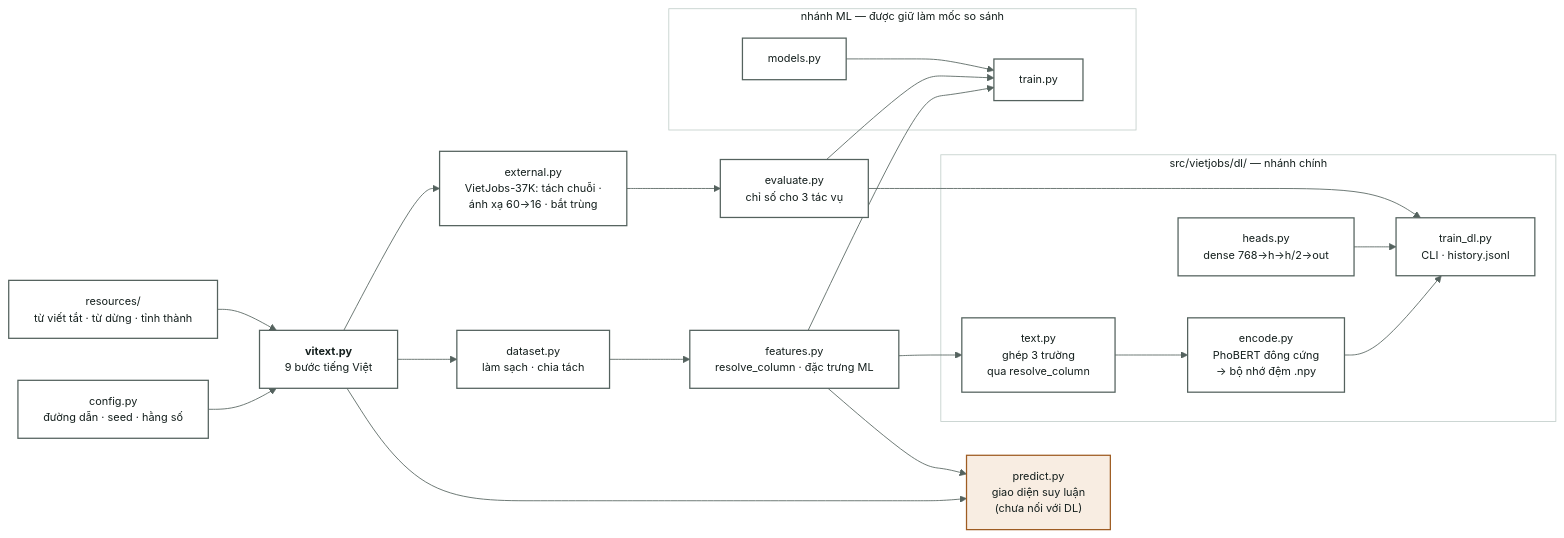
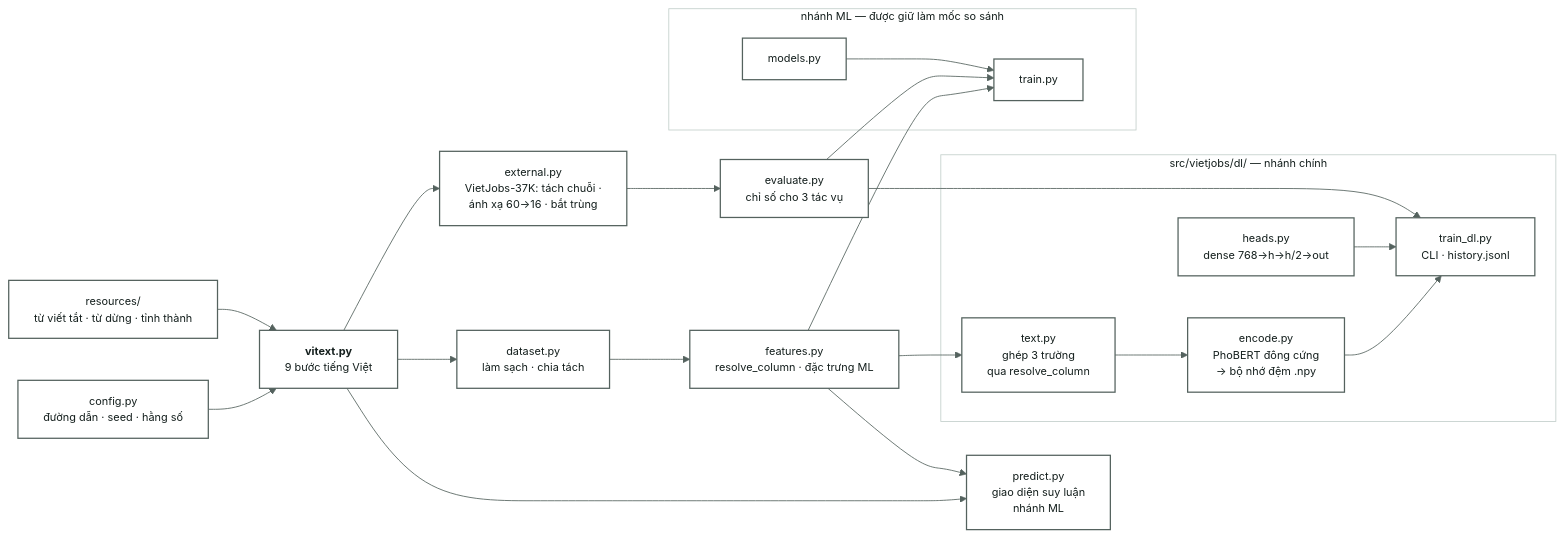
One commit to boy2407/vietjobs changed the diagram in docs/08-ma-nguon.md. Above: the diagram before and after it, drawn with Mermaid. The commit also changed other lines of this file and 50 other files, not shown here.

````diff
--- a/docs/08-ma-nguon.md
+++ b/docs/08-ma-nguon.md
@@ -10,45 +10,42 @@
 ```mermaid
 %%{init:{'theme':'base','themeVariables':{
   'primaryColor':'#EFF3F1','primaryTextColor':'#141F1D','primaryBorderColor':'#54625E',
   'lineColor':'#54625E','fontSize':'13px','fontFamily':'Be Vietnam Pro, Segoe UI, sans-serif',
   'clusterBkg':'#FFFFFF','clusterBorder':'#C3CFCB','edgeLabelBackground':'#FFFFFF',
   'secondaryColor':'#FFFFFF','tertiaryColor':'#FFFFFF','mainBkg':'#FFFFFF',
   'nodeTextColor':'#141F1D','titleColor':'#141F1D'}}}%%
 flowchart LR
     classDef default fill:#FFFFFF,stroke:#54625E,stroke-width:1.5px,color:#141F1D
     CFG["config.py<br/>đường dẫn · seed · hằng số"]
     VT["<b>vitext.py</b><br/>9 bước tiếng Việt"]
     DS["dataset.py<br/>làm sạch · chia tách"]
     FT["features.py<br/>resolve_column · đặc trưng ML"]
     EV["evaluate.py<br/>chỉ số cho 3 tác vụ"]
     RES["resources/<br/>từ viết tắt · từ dừng · tỉnh thành"]
     subgraph DL["src/vietjobs/dl/ — nhánh chính"]
       TX["text.py<br/>ghép 3 trường<br/>qua resolve_column"]
       EN["encode.py<br/>PhoBERT đông cứng<br/>→ bộ nhớ đệm .npy"]
       HD["heads.py<br/>dense 768→h→h/2→out"]
       TD["train_dl.py<br/>CLI · history.jsonl"]
     end
     subgraph ML["nhánh ML — được giữ làm mốc so sánh"]
       MD["models.py"]
       TR["train.py"]
     end
-    PR["predict.py<br/>giao diện suy luận<br/>(chưa nối với DL)"]
+    PR["predict.py<br/>giao diện suy luận<br/>nhánh ML"]
     EX["external.py<br/>VietJobs-37K: tách chuỗi ·<br/>ánh xạ 60→16 · bắt trùng"]
 
     RES --> VT
     VT --> EX
     EX --> EV
     CFG --> VT
     VT --> DS --> FT
     FT --> TX --> EN --> TD
     HD --> TD
     EV --> TD
     FT --> TR
     MD --> TR
     EV --> TR
     VT --> PR
     FT --> PR
-
-    classDef todo fill:#F8EDE2,stroke:#9E5C22,stroke-width:1.5px,color:#141F1D
-    class PR todo
 ```
````
